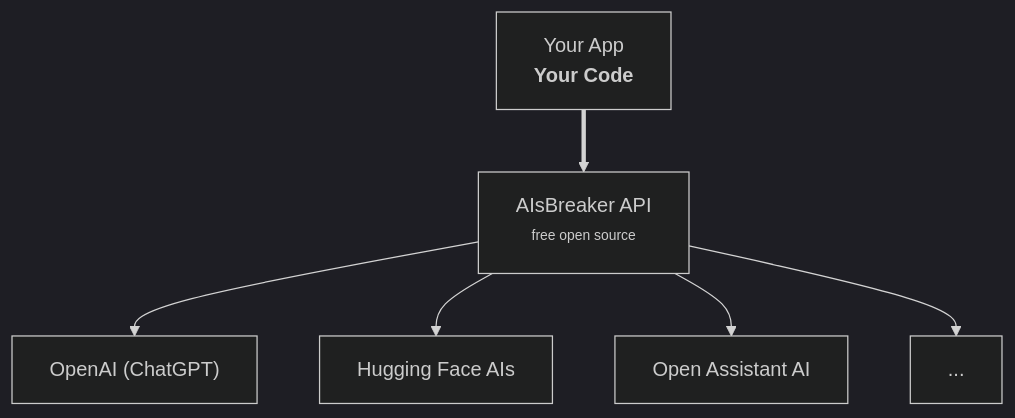
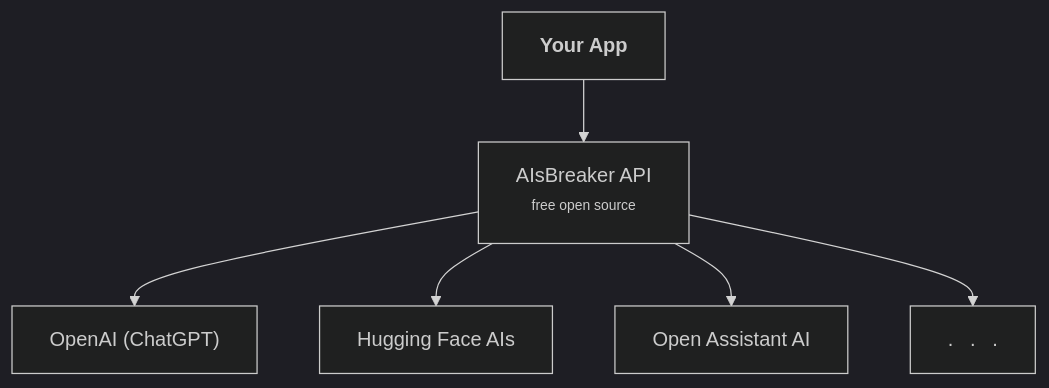
The first of 3 diagrams in site/docs/architecture.md (aisbreaker/aisbreaker.org), drawn with Mermaid (dark theme) before and after one commit. The commit also changed 5 other files, not shown here.

````diff
--- a/site/docs/architecture.md
+++ b/site/docs/architecture.md
@@ -17,10 +17,9 @@
 ```mermaid
 graph TD
-    App["Your App
-         <b>Your Code</b>"] ==> Lib["AIsBreaker API
-                                   <sub><sup>free open source</sup></sub>"]
+    App["<b>Your App</b>"] --> Lib["AIsBreaker API
+                                     <sub><sup>free open source</sup></sub>"]
     Lib --> AI1["OpenAI (ChatGPT)"]
     Lib --> AI2["Hugging Face AIs"]
     Lib --> AI3["Open Assistant AI"]
-    Lib --> AI4["..."]
+    Lib --> AI4[".&nbsp;&nbsp;&nbsp;.&nbsp;&nbsp;&nbsp;."]
 ```
````
